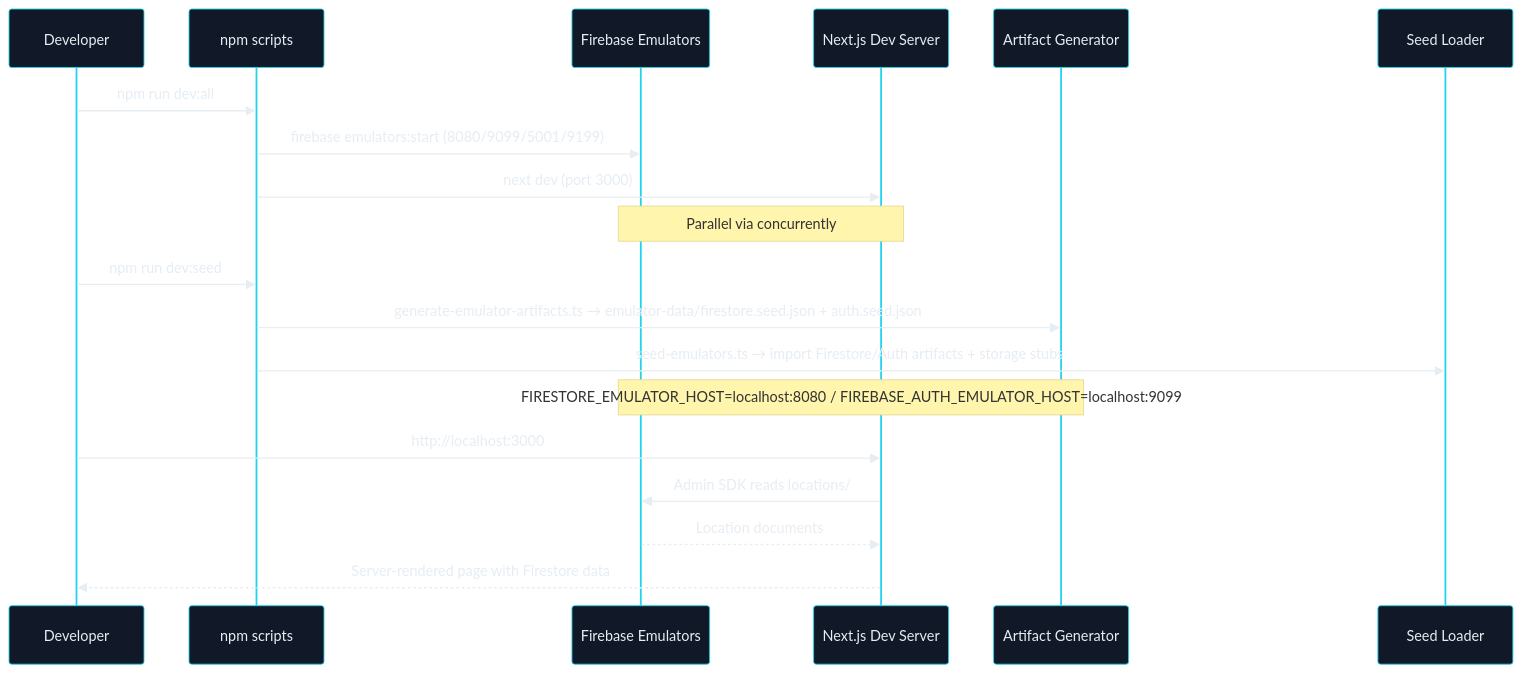
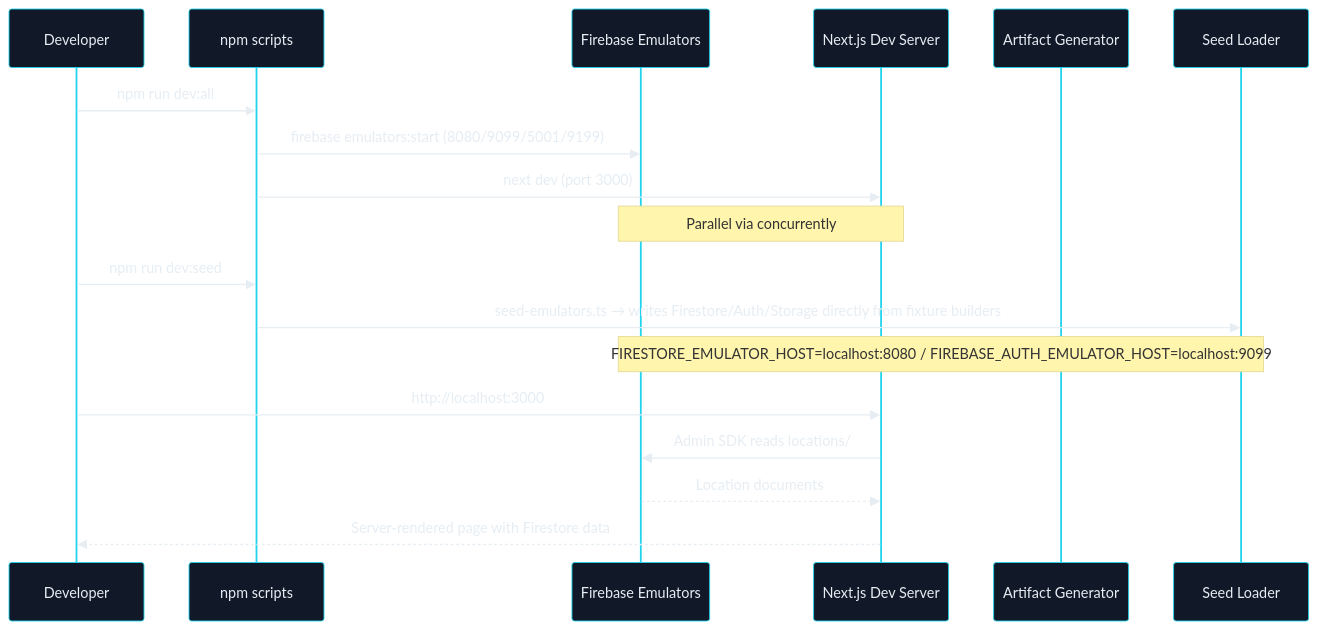
Before and after one commit to brewski-beers/rush-n-relax: the fourth of 5 diagrams in docs/engineering/architecture.md, drawn with Mermaid. The commit also changed other lines of this file and 22 other files, not shown here.

First line of the commit message:
refactor: collapse emulator seed pipeline — direct fixture writes, no JSON artifacts (#172)

````diff
--- a/docs/engineering/architecture.md
+++ b/docs/engineering/architecture.md
@@ -219,26 +219,25 @@
 ```mermaid
 %%{init: {'theme': 'base', 'themeVariables': {'background': '#0b0f17', 'primaryColor': '#111827', 'primaryTextColor': '#e6edf3', 'primaryBorderColor': '#22d3ee', 'lineColor': '#94a3b8', 'secondaryColor': '#0f172a', 'tertiaryColor': '#111827', 'clusterBkg': '#0f172a', 'clusterBorder': '#22d3ee', 'fontFamily': 'Avenir Next, Avenir, Segoe UI, sans-serif'}}}%%
 
 sequenceDiagram
     participant Dev as Developer
     participant NPM as npm scripts
     participant Emu as Firebase Emulators
     participant Next as Next.js Dev Server
     participant Gen as Artifact Generator
     participant Seed as Seed Loader
 
     Dev->>NPM: npm run dev:all
     NPM->>Emu: firebase emulators:start (8080/9099/5001/9199)
     NPM->>Next: next dev (port 3000)
     Note over Emu,Next: Parallel via concurrently
 
     Dev->>NPM: npm run dev:seed
-    NPM->>Gen: generate-emulator-artifacts.ts → emulator-data/firestore.seed.json + auth.seed.json
-    NPM->>Seed: seed-emulators.ts → import Firestore/Auth artifacts + storage stubs
-    Note over Gen,Emu: FIRESTORE_EMULATOR_HOST=localhost:8080 / FIREBASE_AUTH_EMULATOR_HOST=localhost:9099
+    NPM->>Seed: seed-emulators.ts → writes Firestore/Auth/Storage directly from fixture builders
+    Note over Seed,Emu: FIRESTORE_EMULATOR_HOST=localhost:8080 / FIREBASE_AUTH_EMULATOR_HOST=localhost:9099
 
     Dev->>Next: http://localhost:3000
     Next->>Emu: Admin SDK reads locations/
     Emu-->>Next: Location documents
     Next-->>Dev: Server-rendered page with Firestore data
 ```
````
